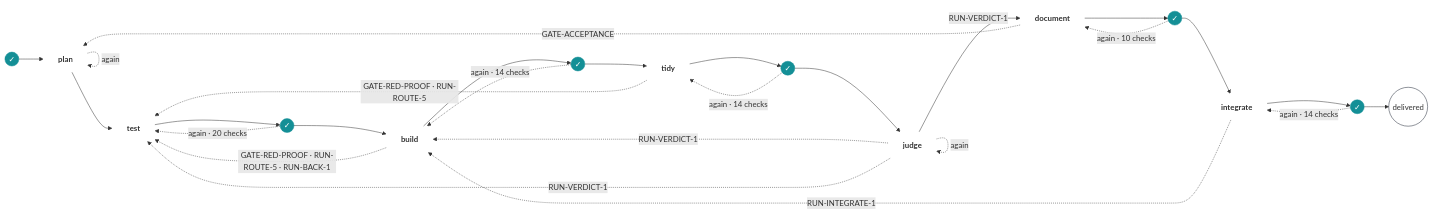
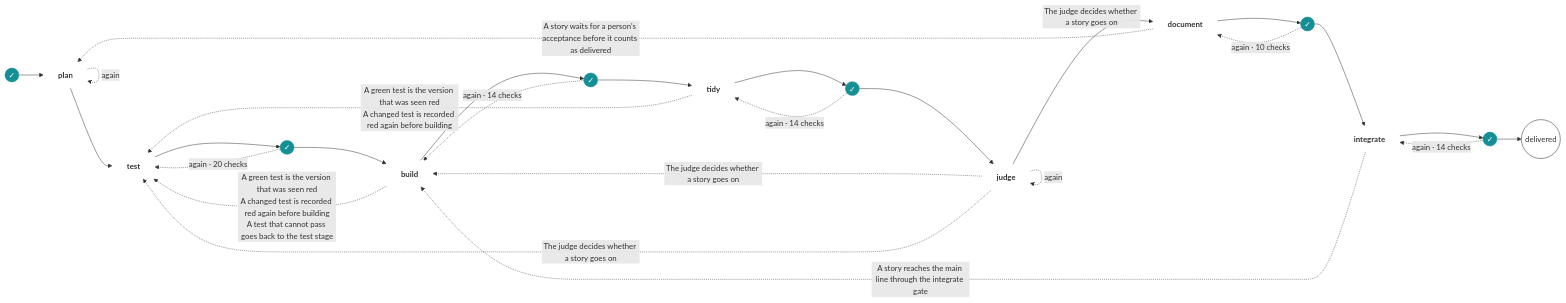
The diagram in plugins/dca-core/skills/dca-knowledge/catalog/guide/factory/gates.md (domain-centric-development/dca-marketplace), drawn with Mermaid before and after one commit. The commit also changed other lines of this file and 8 other files, not shown here.

````diff
--- a/plugins/dca-core/skills/dca-knowledge/catalog/guide/factory/gates.md
+++ b/plugins/dca-core/skills/dca-knowledge/catalog/guide/factory/gates.md
@@ -69,46 +69,46 @@
 ```mermaid
 flowchart LR
   gate_before_plan(("✓")):::gate
   plan["plan"]:::step
   test["test"]:::step
   gate_after_test(("✓")):::gate
   build["build"]:::step
   gate_after_build(("✓")):::gate
   tidy["tidy"]:::step
   gate_after_tidy(("✓")):::gate
   judge["judge"]:::step
   document["document"]:::step
   gate_after_document(("✓")):::gate
   integrate["integrate"]:::step
   gate_after_integrate(("✓")):::gate
   delivered(("delivered")):::done
   gate_before_plan --> plan
   plan --> test
   test --> gate_after_test
   gate_after_test --> build
   build --> gate_after_build
   gate_after_build --> tidy
   tidy --> gate_after_tidy
   gate_after_tidy --> judge
-  judge -- "RUN-VERDICT-1" --> document
+  judge -- "The judge decides whether a story goes on" --> document
   document --> gate_after_document
   gate_after_document --> integrate
   integrate --> gate_after_integrate
   gate_after_integrate --> delivered
   plan -. "again" .-> plan
   gate_after_test -. "again · 20 checks" .-> test
-  build -. "GATE-RED-PROOF · RUN-ROUTE-5 · RUN-BACK-1" .-> test
+  build -. "A green test is the version that was seen red<br>A changed test is recorded red again before building<br>A test that cannot pass goes back to the test stage" .-> test
   gate_after_build -. "again · 14 checks" .-> build
-  tidy -. "GATE-RED-PROOF · RUN-ROUTE-5" .-> test
+  tidy -. "A green test is the version that was seen red<br>A changed test is recorded red again before building" .-> test
   gate_after_tidy -. "again · 14 checks" .-> tidy
   judge -. "again" .-> judge
-  judge -. "RUN-VERDICT-1" .-> build
-  judge -. "RUN-VERDICT-1" .-> test
+  judge -. "The judge decides whether a story goes on" .-> build
+  judge -. "The judge decides whether a story goes on" .-> test
   gate_after_document -. "again · 10 checks" .-> document
-  document -. "GATE-ACCEPTANCE" .-> plan
+  document -. "A story waits for a person's acceptance before it counts as delivered" .-> plan
   gate_after_integrate -. "again · 14 checks" .-> integrate
-  integrate -. "RUN-INTEGRATE-1" .-> build
+  integrate -. "A story reaches the main line through the integrate gate" .-> build
   classDef step fill:none,stroke:none,font-weight:bold
   classDef gate fill:#148f96,stroke:#148f96,color:#ffffff
   classDef done fill:none,stroke:#1c2433
 ```
````
